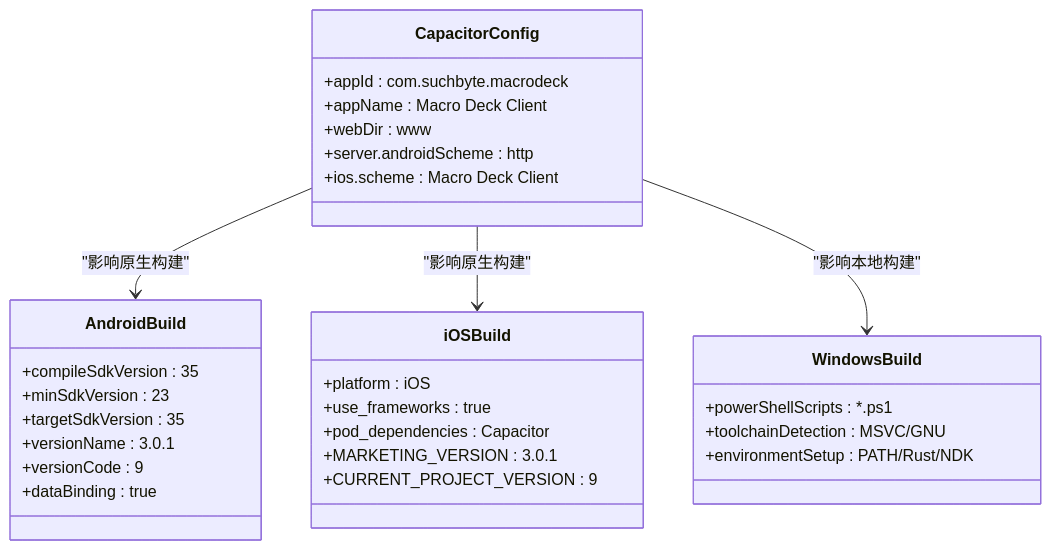
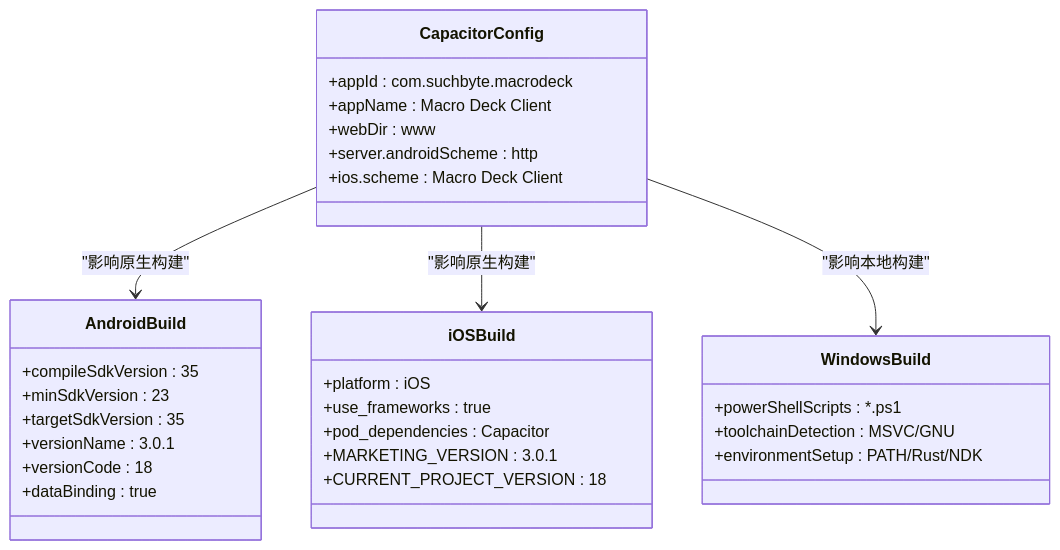
Before and after one commit to tea4go/Macro-Deck-Client-App: the sixth of 9 diagrams in .qoder/repowiki/zh/content/构建与部署/平台部署/平台部署.md, drawn with Mermaid. The commit also changed other lines of this file and 50 other files, not shown here.

````diff
--- a/.qoder/repowiki/zh/content/构建与部署/平台部署/平台部署.md
+++ b/.qoder/repowiki/zh/content/构建与部署/平台部署/平台部署.md
@@ -287,33 +246,33 @@
 ```mermaid
 classDiagram
 class CapacitorConfig {
 +appId : com.suchbyte.macrodeck
 +appName : Macro Deck Client
 +webDir : www
 +server.androidScheme : http
 +ios.scheme : Macro Deck Client
 }
 class AndroidBuild {
 +compileSdkVersion : 35
 +minSdkVersion : 23
 +targetSdkVersion : 35
 +versionName : 3.0.1
-+versionCode : 9
++versionCode : 18
 +dataBinding : true
 }
 class iOSBuild {
 +platform : iOS
 +use_frameworks : true
 +pod_dependencies : Capacitor
 +MARKETING_VERSION : 3.0.1
-+CURRENT_PROJECT_VERSION : 9
++CURRENT_PROJECT_VERSION : 18
 }
 class WindowsBuild {
 +powerShellScripts : *.ps1
 +toolchainDetection : MSVC/GNU
 +environmentSetup : PATH/Rust/NDK
 }
 CapacitorConfig --> AndroidBuild : "影响原生构建"
 CapacitorConfig --> iOSBuild : "影响原生构建"
 CapacitorConfig --> WindowsBuild : "影响本地构建"
 ```
````
